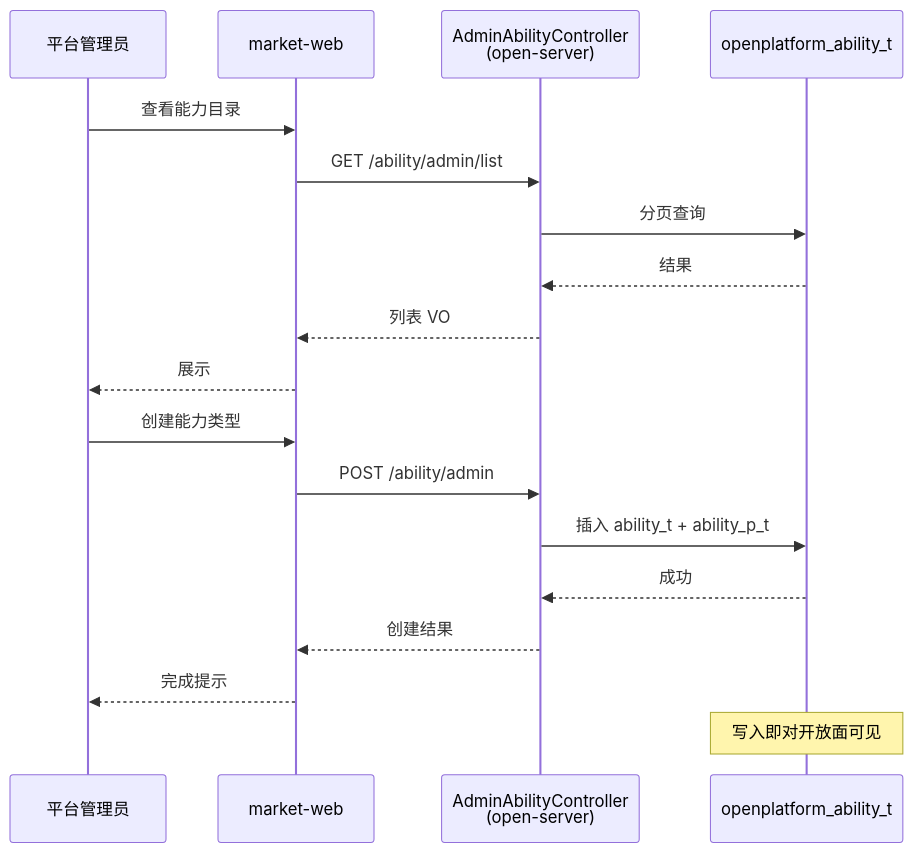
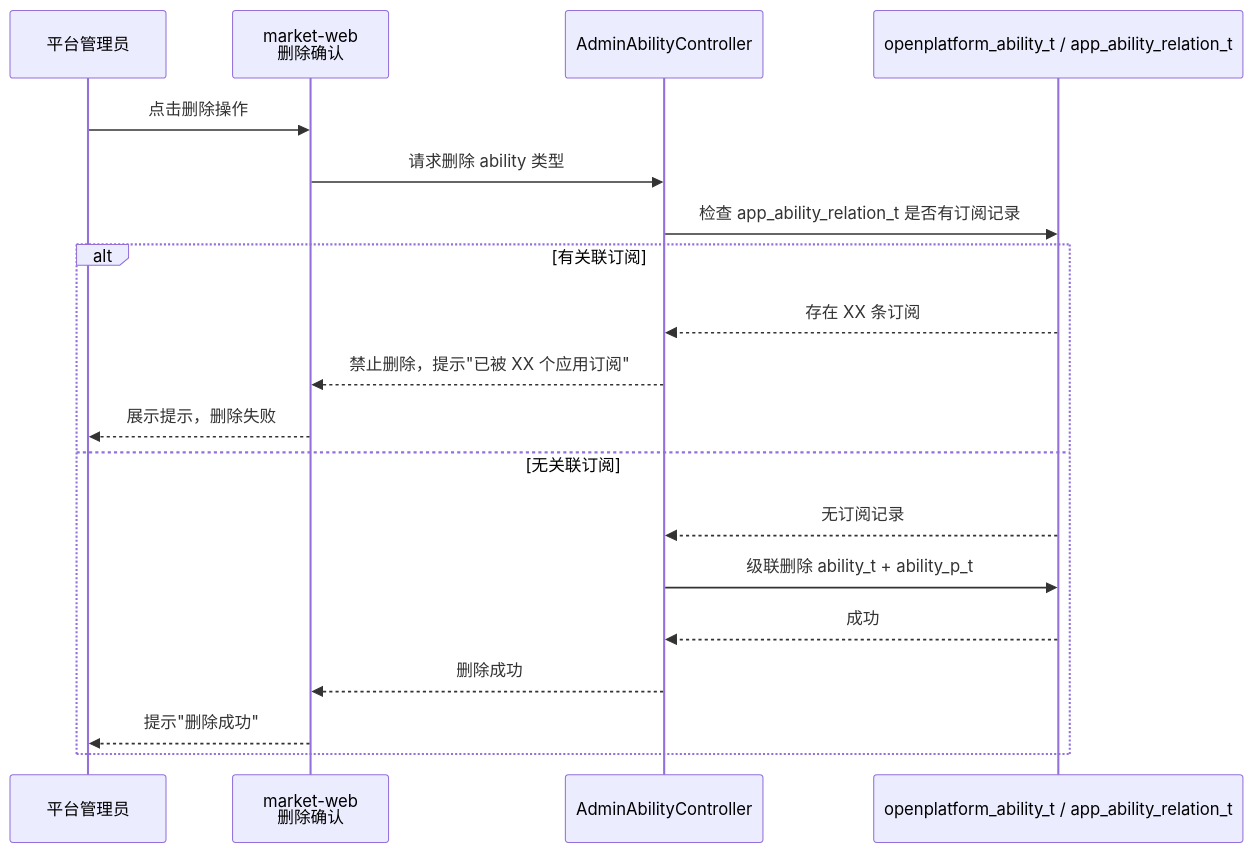
One commit to THZSummer/open-app changed the fourth of 5 diagrams in .sddu/specs-tree-root/specs-tree-ability-embedding/specs-tree-embedding-platform/plan.md. Above: the diagram before and after it, drawn with Mermaid. The commit also changed other lines of this file, not shown here.

````diff
--- a/.sddu/specs-tree-root/specs-tree-ability-embedding/specs-tree-embedding-platform/plan.md
+++ b/.sddu/specs-tree-root/specs-tree-ability-embedding/specs-tree-embedding-platform/plan.md
@@ -50,23 +113,22 @@
 ```mermaid
 sequenceDiagram
     participant Admin as 平台管理员
-    participant Web as market-web
-    participant AdminCtrl as AdminAbilityController<br/>(open-server)
-    participant DB as openplatform_ability_t
+    participant Web as market-web<br/>删除确认
+    participant AdminCtrl as AdminAbilityController
+    participant DB as openplatform_ability_t / app_ability_relation_t
 
-    Admin->>Web: 查看能力目录
-    Web->>AdminCtrl: GET /ability/admin/list
-    AdminCtrl->>DB: 分页查询
-    DB-->>AdminCtrl: 结果
-    AdminCtrl-->>Web: 列表 VO
-    Web-->>Admin: 展示
-
-    Admin->>Web: 创建能力类型
-    Web->>AdminCtrl: POST /ability/admin
-    AdminCtrl->>DB: 插入 ability_t + ability_p_t
-    DB-->>AdminCtrl: 成功
-    AdminCtrl-->>Web: 创建结果
-    Web-->>Admin: 完成提示
-
-    Note over DB: 写入即对开放面可见
+    Admin->>Web: 点击删除操作
+    Web->>AdminCtrl: 请求删除 ability 类型
+    AdminCtrl->>DB: 检查 app_ability_relation_t 是否有订阅记录
+    alt 有关联订阅
+        DB-->>AdminCtrl: 存在 XX 条订阅
+        AdminCtrl-->>Web: 禁止删除，提示"已被 XX 个应用订阅"
+        Web-->>Admin: 展示提示，删除失败
+    else 无关联订阅
+        DB-->>AdminCtrl: 无订阅记录
+        AdminCtrl->>DB: 级联删除 ability_t + ability_p_t
+        DB-->>AdminCtrl: 成功
+        AdminCtrl-->>Web: 删除成功
+        Web-->>Admin: 提示"删除成功"
+    end
 ```
````
